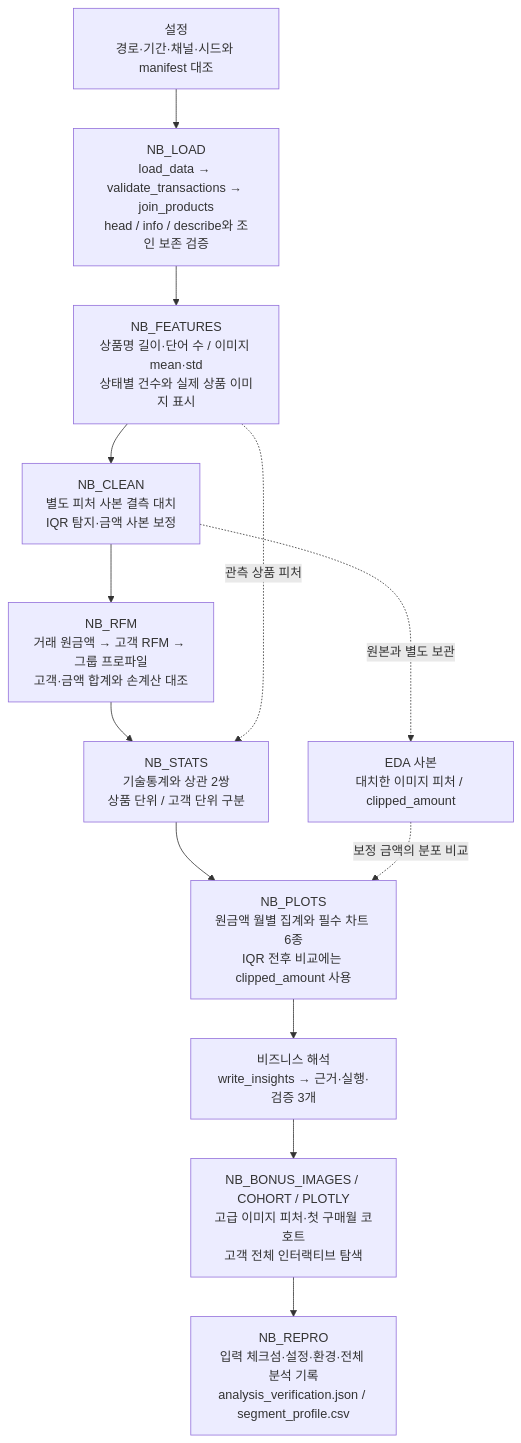
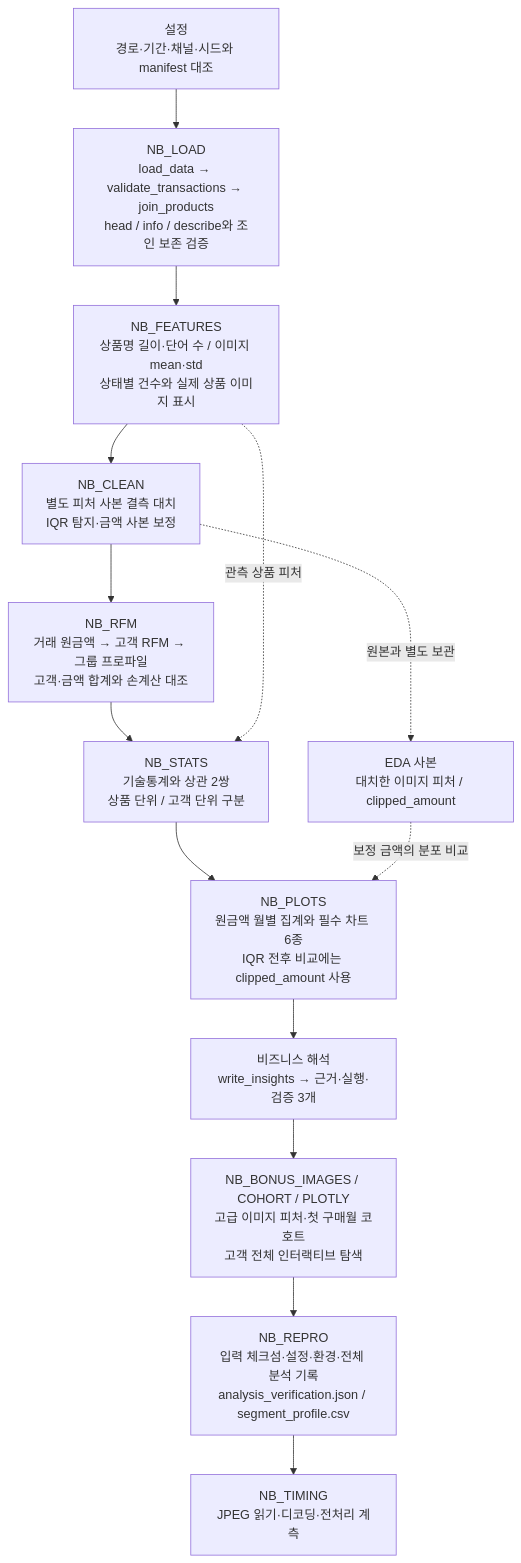
The third of 4 diagrams in README.md (ntt65/A1_1), drawn with Mermaid before and after one commit. The commit also changed other lines of this file and 7 other files, not shown here.

````diff
--- a/README.md
+++ b/README.md
@@ -499,18 +506,19 @@
 ```mermaid
 flowchart TD
     SET["설정<br/>경로·기간·채널·시드와 manifest 대조"]
     LOAD["NB_LOAD<br/>load_data → validate_transactions → join_products<br/>head / info / describe와 조인 보존 검증"]
     FEAT["NB_FEATURES<br/>상품명 길이·단어 수 / 이미지 mean·std<br/>상태별 건수와 실제 상품 이미지 표시"]
     CLEAN["NB_CLEAN<br/>별도 피처 사본 결측 대치<br/>IQR 탐지·금액 사본 보정"]
     EDA["EDA 사본<br/>대치한 이미지 피처 / clipped_amount"]
     RFM["NB_RFM<br/>거래 원금액 → 고객 RFM → 그룹 프로파일<br/>고객·금액 합계와 손계산 대조"]
     STATS["NB_STATS<br/>기술통계와 상관 2쌍<br/>상품 단위 / 고객 단위 구분"]
     PLOTS["NB_PLOTS<br/>원금액 월별 집계와 필수 차트 6종<br/>IQR 전후 비교에는 clipped_amount 사용"]
     INSIGHT["비즈니스 해석<br/>write_insights → 근거·실행·검증 3개"]
     BONUS["NB_BONUS_IMAGES / COHORT / PLOTLY<br/>고급 이미지 피처·첫 구매월 코호트<br/>고객 전체 인터랙티브 탐색"]
     REPRO["NB_REPRO<br/>입력 체크섬·설정·환경·전체 분석 기록<br/>analysis_verification.json / segment_profile.csv"]
-    SET --> LOAD --> FEAT --> CLEAN --> RFM --> STATS --> PLOTS --> INSIGHT --> BONUS --> REPRO
+    TIMING["NB_TIMING<br/>JPEG 읽기·디코딩·전처리 계측"]
+    SET --> LOAD --> FEAT --> CLEAN --> RFM --> STATS --> PLOTS --> INSIGHT --> BONUS --> REPRO --> TIMING
     CLEAN -. "원본과 별도 보관" .-> EDA
     EDA -. "보정 금액의 분포 비교" .-> PLOTS
     FEAT -. "관측 상품 피처" .-> STATS
 ```
````
